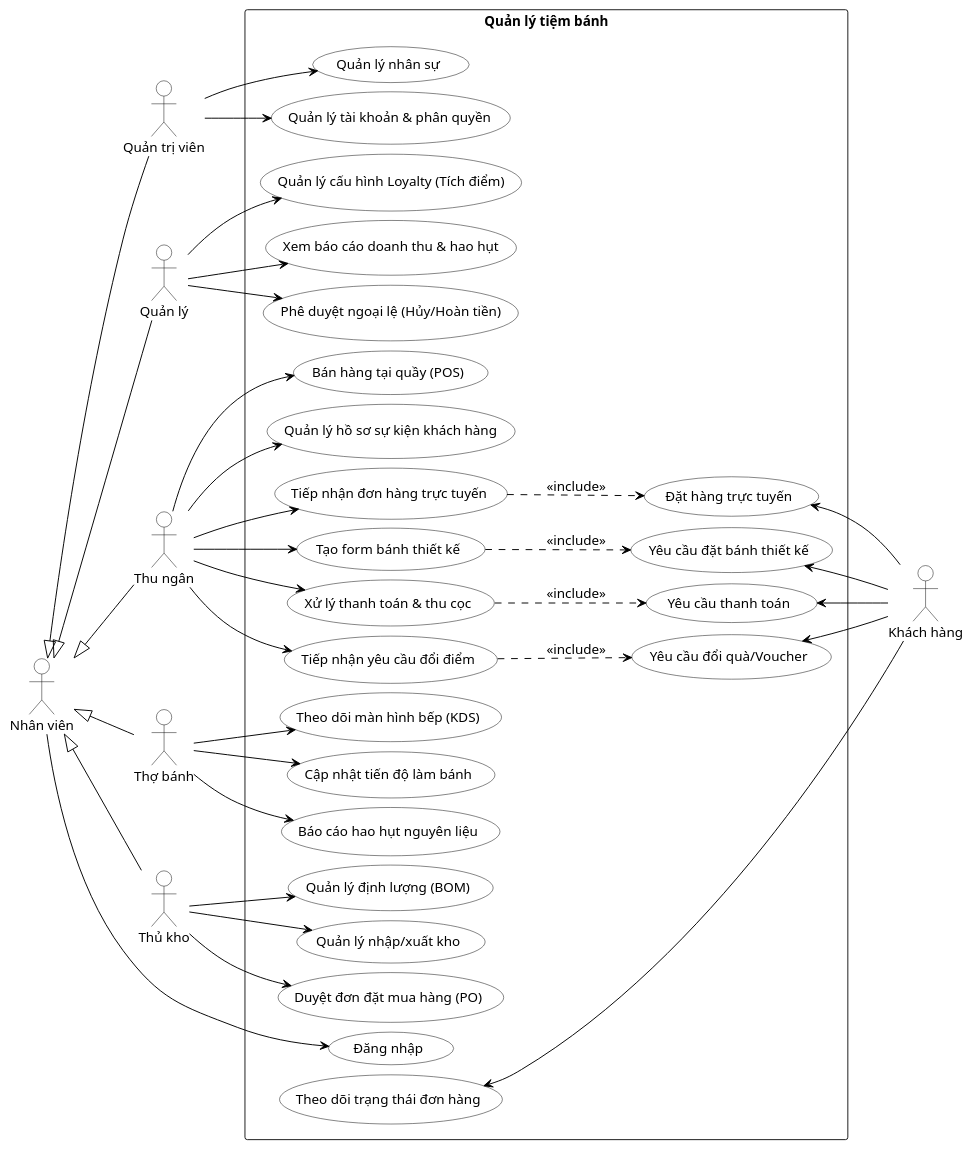
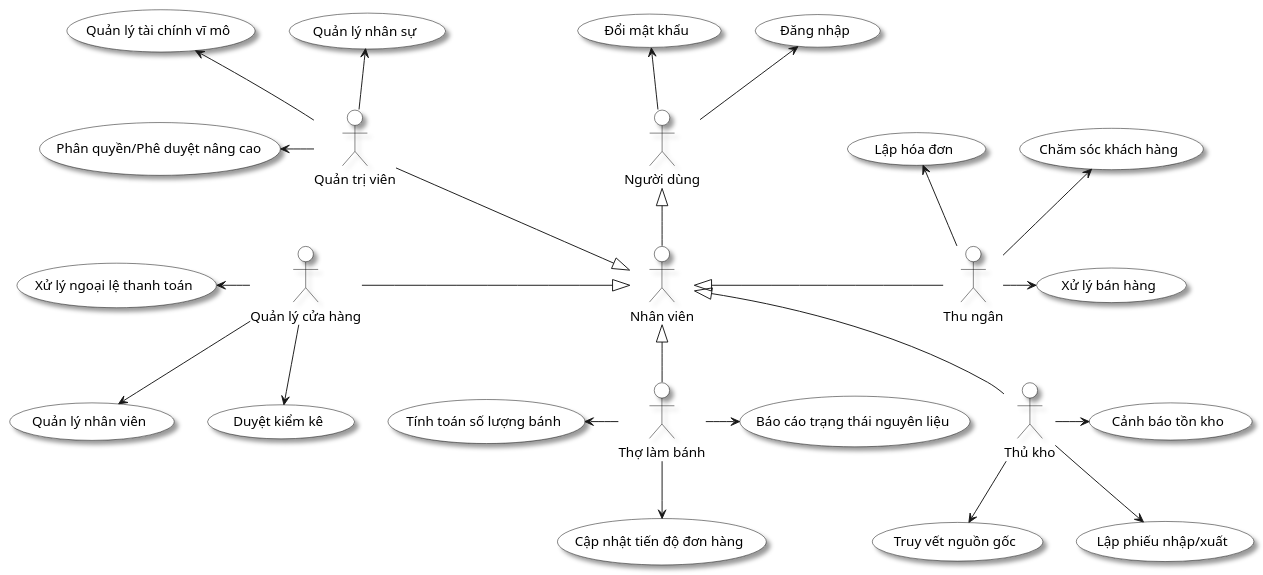
Before and after one commit to lancelotviendangkhoa710/IS-System-Development: the diagram in usecase/TongQuat.plantuml, drawn with PlantUML. The commit also changed 45 other files, not shown here.

```diff
--- a/usecase/TongQuat.plantuml
+++ b/usecase/TongQuat.plantuml
@@ -1,121 +1,83 @@
-@startuml Bakery_Management_Cybergame_Style
-left to right direction
-skinparam nodesep 10
-skinparam ranksep 50
-skinparam packageStyle rectangle
-skinparam DefaultFontSize 14
-
-' --- Tùy chỉnh màu sắc giống ảnh ---
+@startuml
+' --- Cấu hình giao diện đen trắng, bóng mờ ---
+skinparam monochrome true
+skinparam shadowing true
 skinparam usecase {
-    BackgroundColor #FFFFFF
-    BorderColor #000000
-    ArrowColor #000000
+    BackgroundColor White
+    BorderColor Black
 }
 skinparam actor {
-    BackgroundColor #FFFFFF
-    BorderColor #000000
+    BackgroundColor White
+    BorderColor Black
 }
 
-' --- CÁC TÁC NHÂN BÊN TRÁI (NHÂN VIÊN) ---
-actor "Nhân viên" as Staff
+' === KHAI BÁO ACTOR ===
+actor "Người dùng" as User
+actor "Nhân viên" as Emp
 actor "Quản trị viên" as Admin
-actor "Quản lý" as Manager
+actor "Quản lý cửa hàng" as Manager
 actor "Thu ngân" as Cashier
-actor "Thợ bánh" as Baker
-actor "Thủ kho" as Stocker
+actor "Thủ kho" as Stock
+actor "Thợ làm bánh" as Baker
 
-' Mối quan hệ kế thừa (Các chức danh đều là Nhân viên)
-Staff <|-- Admin
-Staff <|-- Manager
-Staff <|-- Cashier
-Staff <|-- Baker
-Staff <|-- Stocker
+' === TẠO TRỤC XƯƠNG SỐNG Ở GIỮA ===
+User <|-- Emp
+Admin -right-|> Emp
+Manager -right-|> Emp
+Cashier -left-|> Emp
+Stock -left-|> Emp
+Baker -up-|> Emp
 
-' --- TÁC NHÂN BÊN PHẢI (KHÁCH HÀNG) ---
-actor "Khách hàng" as Customer
+' Tách khoảng cách giữa các Actor để có không gian nhét Use Case
+Admin -[hidden]down- Manager
+Cashier -[hidden]down- Stock
 
-' --- Ranh giới hệ thống ---
-rectangle "Quản lý tiệm bánh" {
+' === PHÂN BỔ USE CASE TỎA RA CÁC HƯỚNG KHÁC NHAU ===
 
-    ' Use-case chung
-    usecase "Đăng nhập" as UC_Login
+' 1. Người dùng (Tỏa lên trên)
+usecase "Đăng nhập" as UC_Login
+usecase "Đổi mật khẩu" as UC_Pass
+User -up-> UC_Login
+User -up-> UC_Pass
 
-    ' Use-case của Quản trị viên
-    usecase "Quản lý tài khoản & phân quyền" as UC_Account
-    usecase "Quản lý nhân sự" as UC_HR
+' 2. Quản trị viên (Góc trên trái -> Tỏa Lên & Trái)
+usecase "Quản lý nhân sự" as UC_HR
+usecase "Phân quyền/Phê duyệt nâng cao" as UC_Role
+usecase "Quản lý tài chính vĩ mô" as UC_Log
+Admin -up-> UC_HR
+Admin -left-> UC_Role
+Admin -up-> UC_Log
 
-    ' Use-case của Quản lý
-    usecase "Quản lý cấu hình Loyalty (Tích điểm)" as UC_Loyalty
-    usecase "Xem báo cáo doanh thu & hao hụt" as UC_Report
-    usecase "Phê duyệt ngoại lệ (Hủy/Hoàn tiền)" as UC_Approve
+' 3. Quản lý cửa hàng (Góc dưới trái -> Tỏa Xuống & Trái)
+usecase "Quản lý nhân viên" as UC_Loyalty
+usecase "Xử lý ngoại lệ thanh toán" as UC_Report
+usecase "Duyệt kiểm kê" as UC_Limit
+Manager -down-> UC_Loyalty
+Manager -left-> UC_Report
+Manager -down-> UC_Limit
 
-    ' Use-case của Thủ kho
-    usecase "Quản lý định lượng (BOM)" as UC_BOM
-    usecase "Quản lý nhập/xuất kho" as UC_Inventory
-    usecase "Duyệt đơn đặt mua hàng (PO)" as UC_PO
+' 4. Thu ngân (Góc trên phải -> Tỏa Lên & Phải)
+usecase "Lập hóa đơn" as UC_POS
+usecase "Xử lý bán hàng" as UC_Order
+usecase "Chăm sóc khách hàng" as UC_Cus
+Cashier -up-> UC_POS
+Cashier -right-> UC_Order
+Cashier -up-> UC_Cus
 
-    ' Use-case của Thợ bánh
-    usecase "Theo dõi màn hình bếp (KDS)" as UC_KDS
-    usecase "Cập nhật tiến độ làm bánh" as UC_UpdateBake
-    usecase "Báo cáo hao hụt nguyên liệu" as UC_Wastage
+' 5. Thủ kho (Góc dưới phải -> Tỏa Xuống & Phải)
+usecase "Lập phiếu nhập/xuất" as UC_In
+usecase "Cảnh báo tồn kho" as UC_Warn
+usecase "Truy vết nguồn gốc" as UC_Trace
+Stock -down-> UC_In
+Stock -right-> UC_Warn
+Stock -down-> UC_Trace
 
-    ' Use-case của Thu ngân
-    usecase "Bán hàng tại quầy (POS)" as UC_POS
-    usecase "Quản lý hồ sơ sự kiện khách hàng" as UC_CRM
-    
-    ' Các Use-case tương tác trực tiếp với Khách hàng (Dùng Include như ảnh)
-    usecase "Tiếp nhận đơn hàng trực tuyến" as UC_ReceiveOnline
-    usecase "Đặt hàng trực tuyến" as UC_OnlineOrder
-    
-    usecase "Tạo form bánh thiết kế" as UC_CreateCustom
-    usecase "Yêu cầu đặt bánh thiết kế" as UC_RequestCustom
-    
-    usecase "Xử lý thanh toán & thu cọc" as UC_ProcessPayment
-    usecase "Yêu cầu thanh toán" as UC_Pay
-    
-    usecase "Tiếp nhận yêu cầu đổi điểm" as UC_ProcessRedeem
-    usecase "Yêu cầu đổi quà/Voucher" as UC_Redeem
-    
-    usecase "Theo dõi trạng thái đơn hàng" as UC_TrackOrder
-
-    ' Ràng buộc Include giữa NV và Khách
-    UC_ReceiveOnline ..> UC_OnlineOrder : <<include>>
-    UC_CreateCustom ..> UC_RequestCustom : <<include>>
-    UC_ProcessPayment ..> UC_Pay : <<include>>
-    UC_ProcessRedeem ..> UC_Redeem : <<include>>
-}
-
-' --- KẾT NỐI TÁC NHÂN BÊN TRÁI VỚI USE-CASE ---
-Staff --> UC_Login
-
-Admin --> UC_Account
-Admin -left-> UC_HR
-
-Manager --> UC_Loyalty
-Manager --> UC_Report
-Manager --> UC_Approve
-
-Stocker --> UC_BOM
-Stocker --> UC_Inventory
-Stocker --> UC_PO
-
-Baker --> UC_KDS
-Baker --> UC_UpdateBake
-Baker --> UC_Wastage
-
-Cashier --> UC_POS
-Cashier --> UC_CRM
-Cashier --> UC_ReceiveOnline
-Cashier --> UC_CreateCustom
-Cashier --> UC_ProcessPayment
-Cashier --> UC_ProcessRedeem
-
-' --- KẾT NỐI TÁC NHÂN BÊN PHẢI VỚI USE-CASE ---
-' (Mũi tên ngược lại để ép PlantUML xếp Khách hàng sang phải)
-UC_OnlineOrder <-- Customer
-UC_RequestCustom <-- Customer
-UC_Pay <-- Customer
-UC_Redeem <-- Customer
-UC_TrackOrder <-- Customer
+' 6. Thợ làm bánh (Đáy hệ thống -> Tỏa 3 hướng Trái, Xuống, Phải)
+usecase "Tính toán số lượng bánh" as UC_Calc
+usecase "Cập nhật tiến độ đơn hàng" as UC_Status
+usecase "Báo cáo trạng thái nguyên liệu" as UC_Out
+Baker -left-> UC_Calc
+Baker -down-> UC_Status
+Baker -right-> UC_Out
 
 @enduml
```
